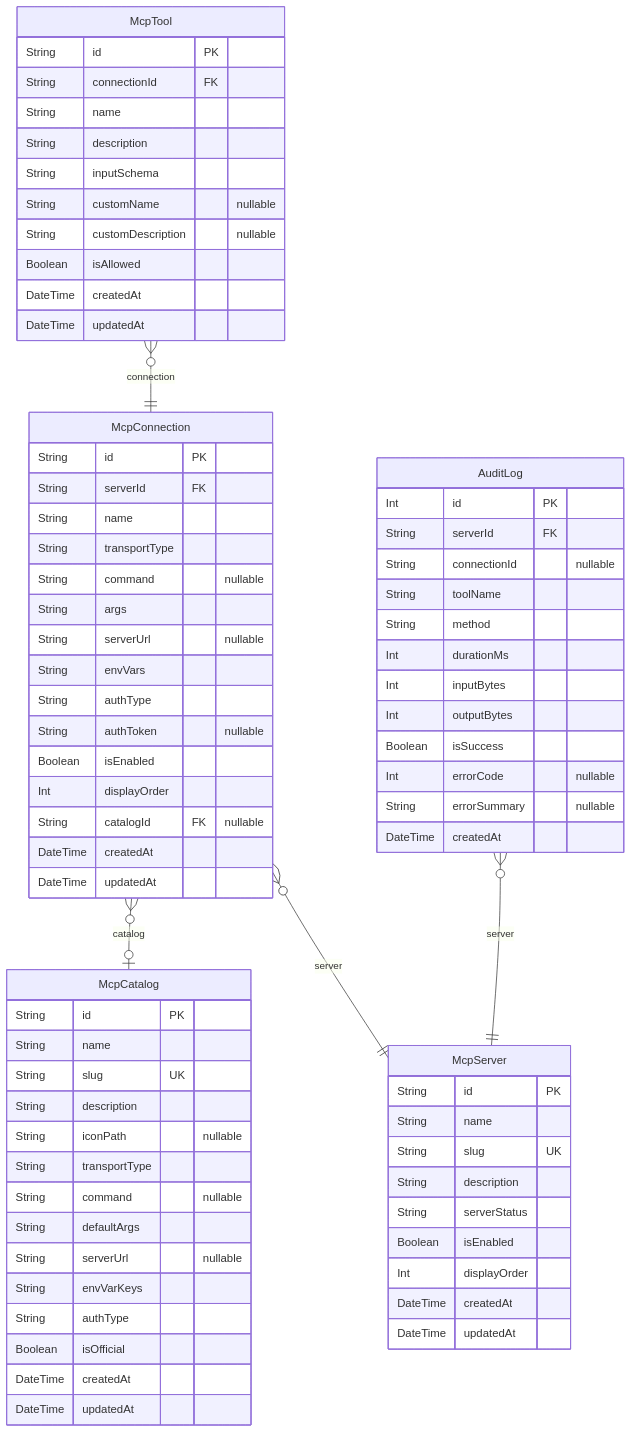
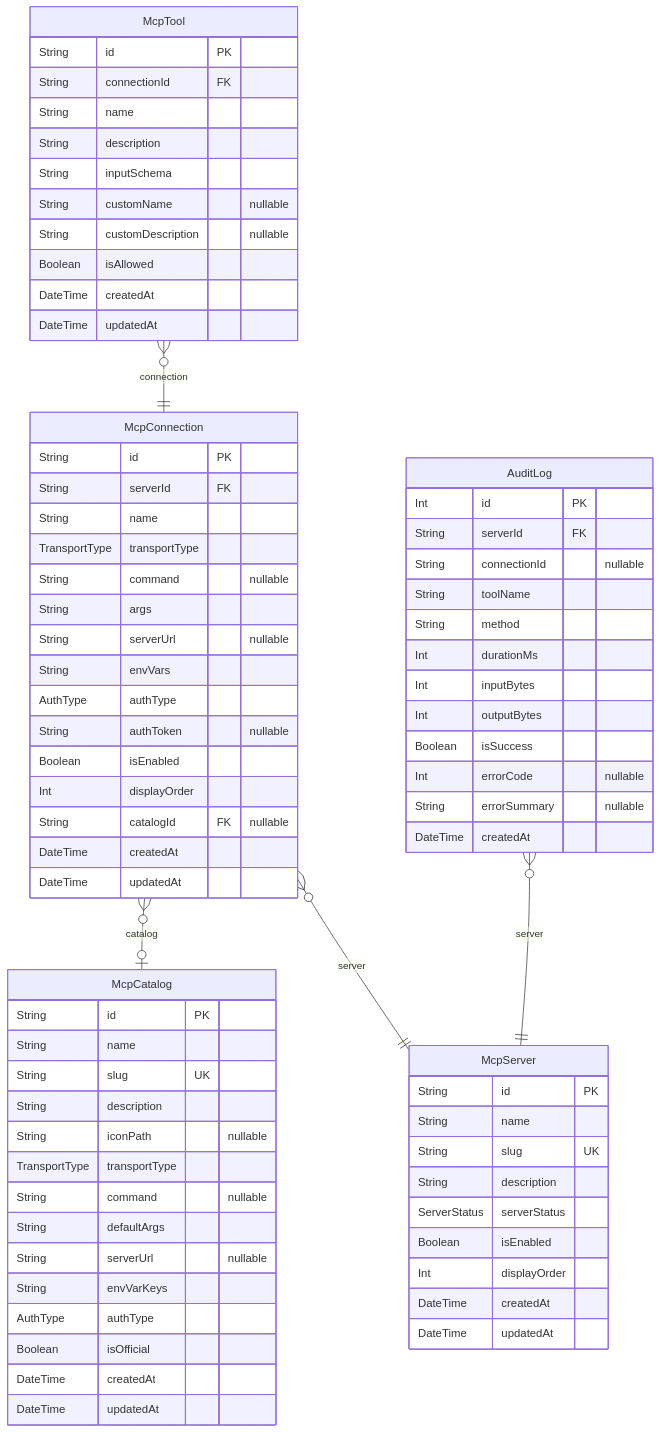
One commit to rayven122/tumiki changed the second of 2 diagrams in apps/desktop/prisma/README.md. Above: the diagram before and after it, drawn with Mermaid. The commit also changed other lines of this file and 1 other file, not shown here.

````diff
--- a/apps/desktop/prisma/README.md
+++ b/apps/desktop/prisma/README.md
@@ -37,77 +37,77 @@
 ```mermaid
 erDiagram
 "McpCatalog" {
   String id PK
   String name
   String slug UK
   String description
   String iconPath "nullable"
-  String transportType
+  TransportType transportType
   String command "nullable"
   String defaultArgs
   String serverUrl "nullable"
   String envVarKeys
-  String authType
+  AuthType authType
   Boolean isOfficial
   DateTime createdAt
   DateTime updatedAt
 }
 "McpServer" {
   String id PK
   String name
   String slug UK
   String description
-  String serverStatus
+  ServerStatus serverStatus
   Boolean isEnabled
   Int displayOrder
   DateTime createdAt
   DateTime updatedAt
 }
 "McpConnection" {
   String id PK
   String serverId FK
   String name
-  String transportType
+  TransportType transportType
   String command "nullable"
   String args
   String serverUrl "nullable"
   String envVars
-  String authType
+  AuthType authType
   String authToken "nullable"
   Boolean isEnabled
   Int displayOrder
   String catalogId FK "nullable"
   DateTime createdAt
   DateTime updatedAt
 }
 "McpTool" {
   String id PK
   String connectionId FK
   String name
   String description
   String inputSchema
   String customName "nullable"
   String customDescription "nullable"
   Boolean isAllowed
   DateTime createdAt
   DateTime updatedAt
 }
 "AuditLog" {
   Int id PK
   String serverId FK
   String connectionId "nullable"
   String toolName
   String method
   Int durationMs
   Int inputBytes
   Int outputBytes
   Boolean isSuccess
   Int errorCode "nullable"
   String errorSummary "nullable"
   DateTime createdAt
 }
 "McpConnection" }o--|| "McpServer" : server
 "McpConnection" }o--o| "McpCatalog" : catalog
 "McpTool" }o--|| "McpConnection" : connection
 "AuditLog" }o--|| "McpServer" : server
 ```
````
